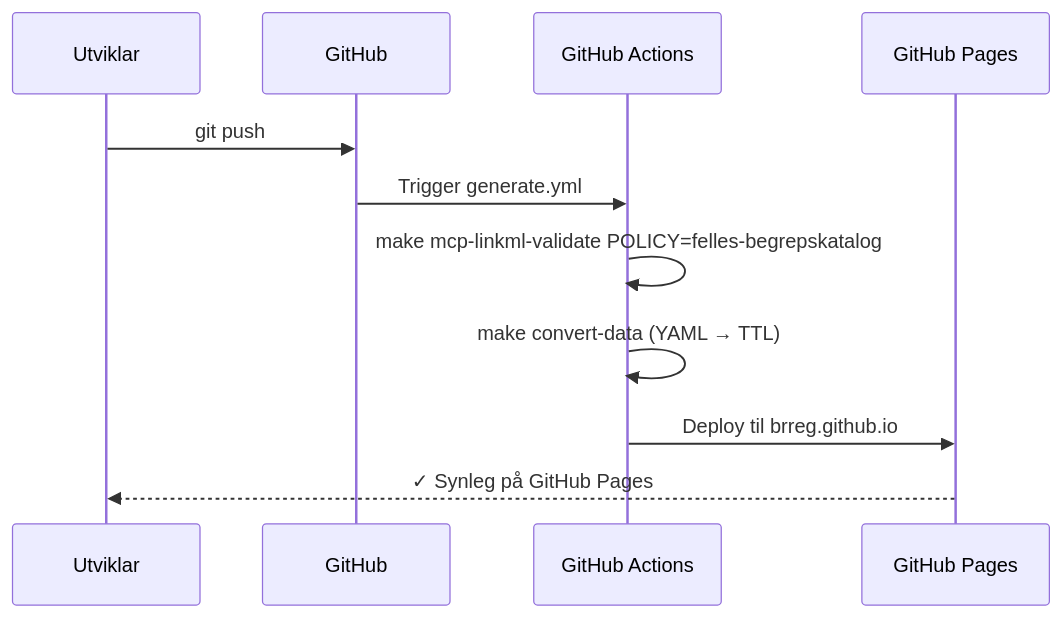
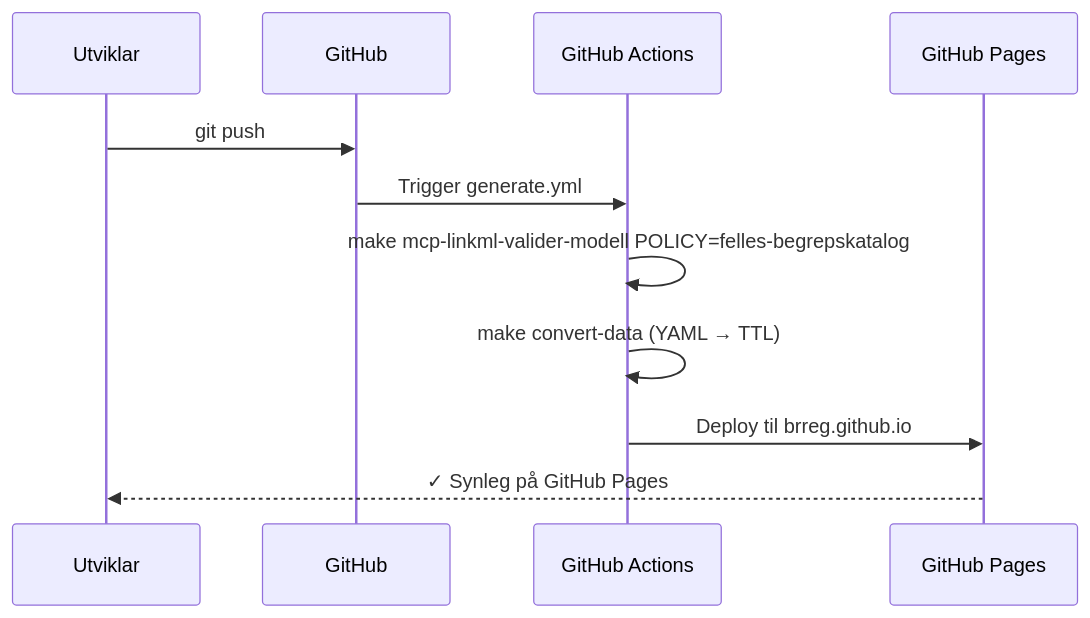
The second of 3 diagrams in mkdocs/docs/publisering-oversikt.md (brreg/linkml-datamodellering-no), drawn with Mermaid before and after one commit. The commit also changed other lines of this file and 47 other files, not shown here.

````diff
--- a/mkdocs/docs/publisering-oversikt.md
+++ b/mkdocs/docs/publisering-oversikt.md
@@ -253,14 +253,14 @@
 ```mermaid
 sequenceDiagram
     participant Dev as Utviklar
     participant Git as GitHub
     participant CI as GitHub Actions
     participant Pages as GitHub Pages
     
     Dev->>Git: git push
     Git->>CI: Trigger generate.yml
-    CI->>CI: make mcp-linkml-validate POLICY=felles-begrepskatalog
+    CI->>CI: make mcp-linkml-valider-modell POLICY=felles-begrepskatalog
     CI->>CI: make convert-data (YAML → TTL)
     CI->>Pages: Deploy til brreg.github.io
     Pages-->>Dev: ✓ Synleg på GitHub Pages
 ```
````
